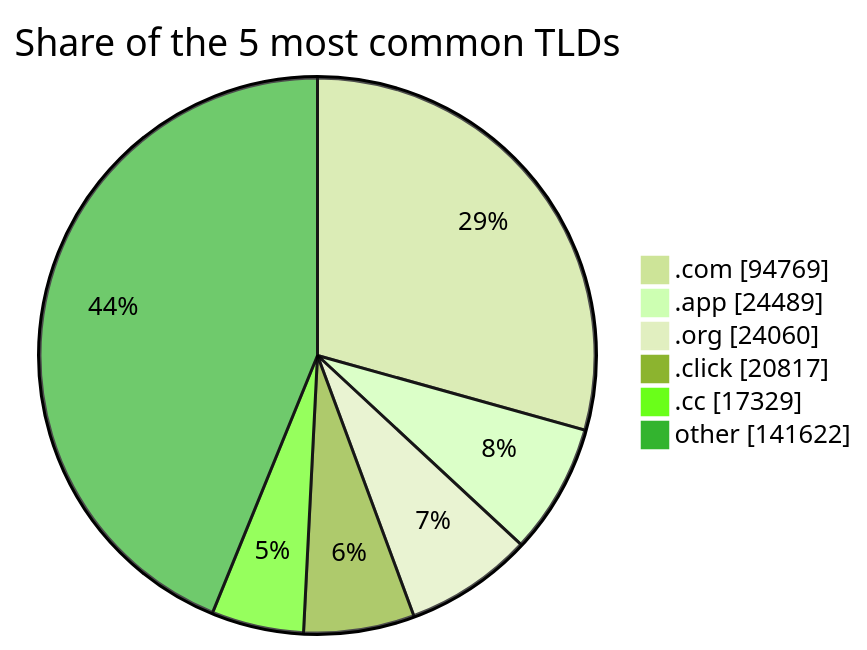
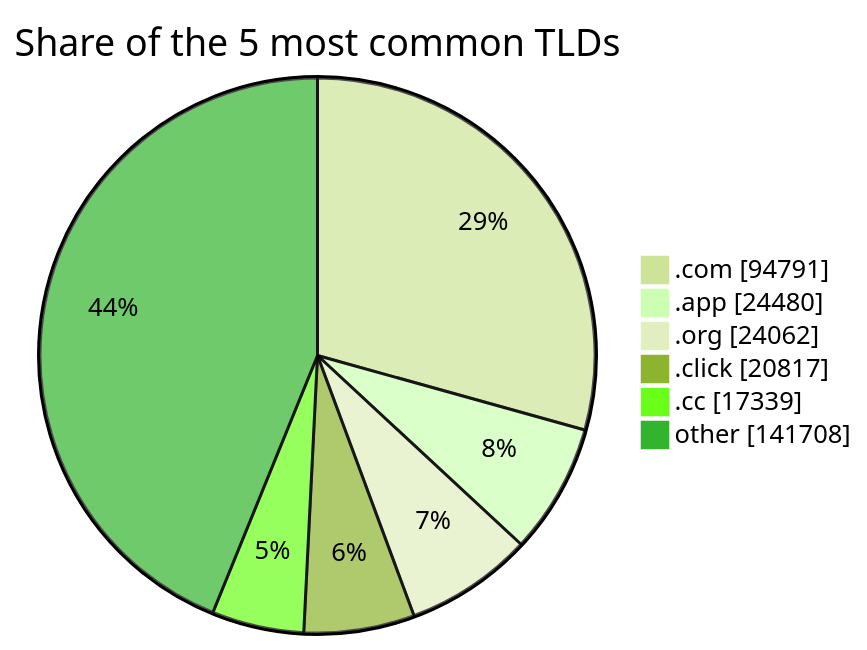
Before and after one commit to DNSBunker/CTI: the third of 3 diagrams in README.md, drawn with Mermaid (forest theme). The commit also changed other lines of this file and 3 other files, not shown here.

````diff
--- a/README.md
+++ b/README.md
@@ -81,9 +81,9 @@
 ```mermaid
 pie showData title Share of the 5 most common TLDs
-    ".com" : 94769
-    ".app" : 24489
-    ".org" : 24060
+    ".com" : 94791
+    ".app" : 24480
+    ".org" : 24062
     ".click" : 20817
-    ".cc" : 17329
-    "other" : 141622
+    ".cc" : 17339
+    "other" : 141708
 ```
````
